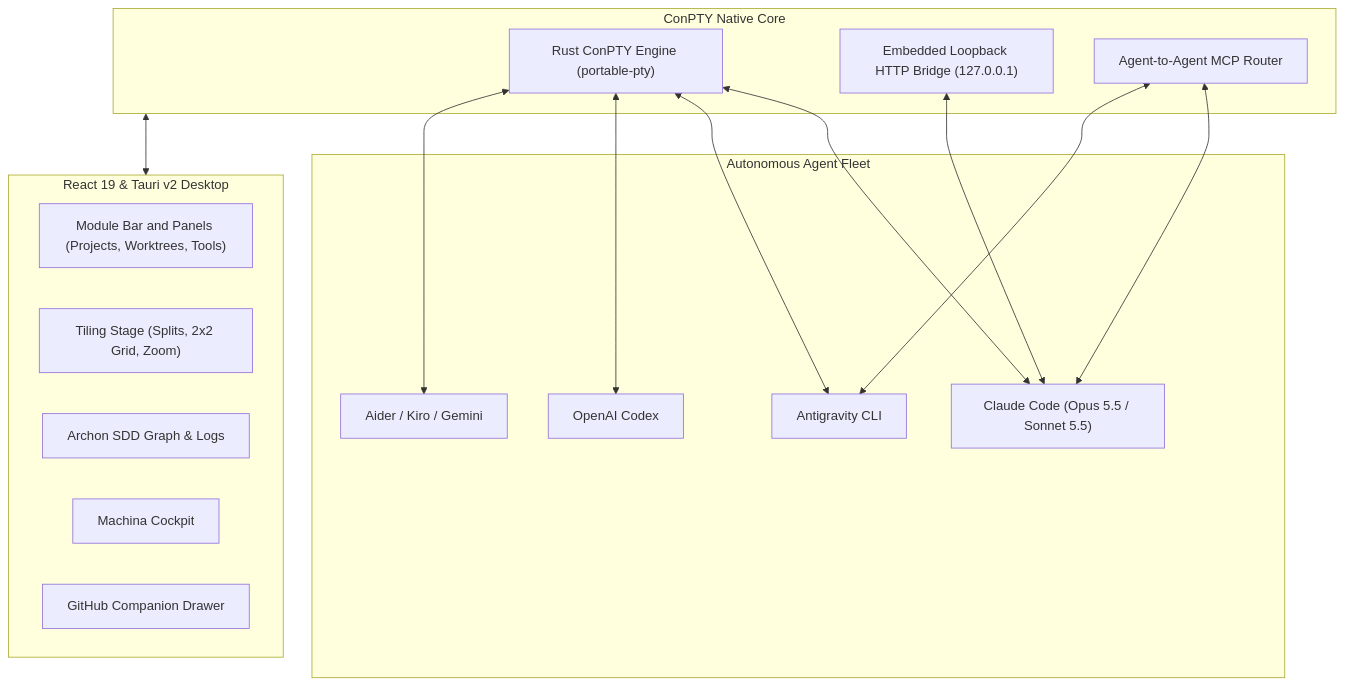
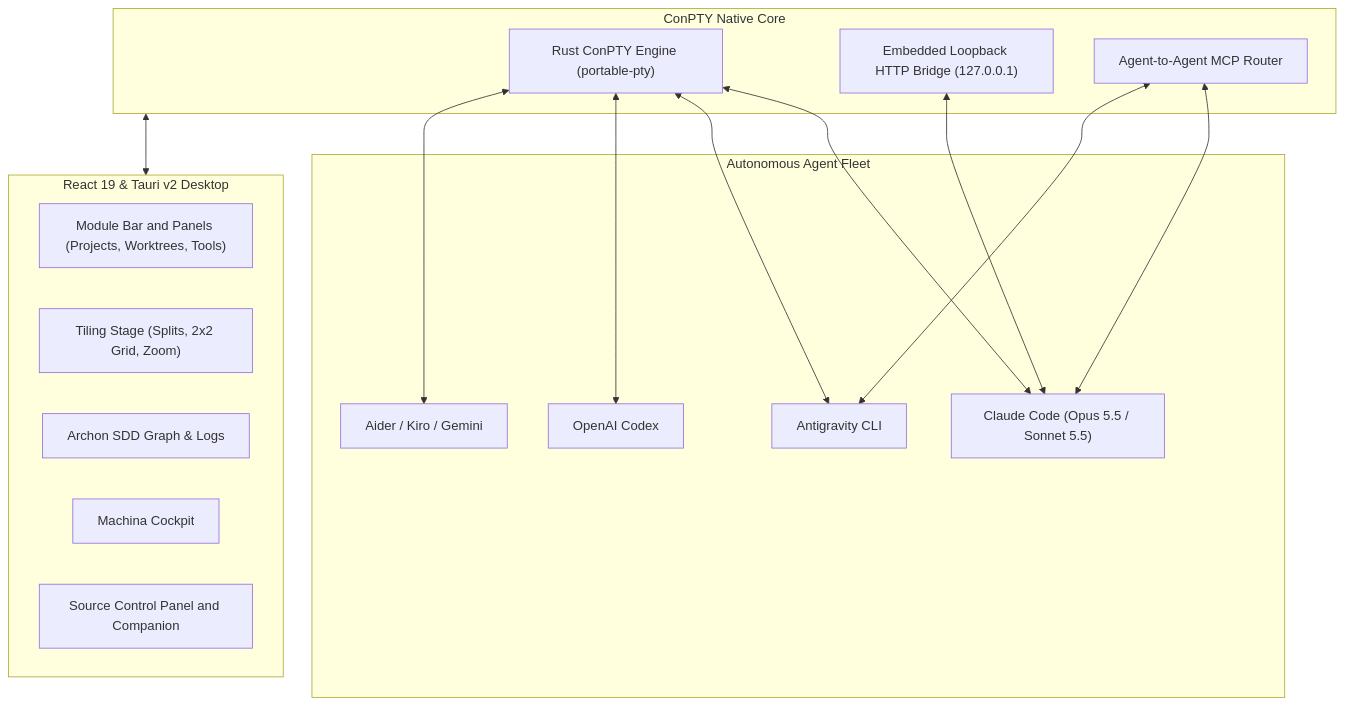
The diagram in docs/guide/what-is-quay.md (seanrobertwright/Quay-2), drawn with Mermaid before and after one commit. The commit also changed 10 other files, not shown here.

First line of the commit message:
Docs: the Source control panel replaces the GitHub Companion drawer

````diff
--- a/docs/guide/what-is-quay.md
+++ b/docs/guide/what-is-quay.md
@@ -30,34 +30,34 @@
 ```mermaid
 flowchart TD
     subgraph CoreEngine["ConPTY Native Core"]
         PTY["Rust ConPTY Engine (portable-pty)"]
         Bridge["Embedded Loopback HTTP Bridge (127.0.0.1)"]
         A2A["Agent-to-Agent MCP Router"]
     end
 
     subgraph Agents["Autonomous Agent Fleet"]
         Claude["Claude Code (Opus 5.5 / Sonnet 5.5)"]
         Antigravity["Antigravity CLI"]
         Codex["OpenAI Codex"]
         Aider["Aider / Kiro / Gemini"]
     end
 
     subgraph DesktopUI["React 19 & Tauri v2 Desktop"]
         Rail["Module Bar and Panels (Projects, Worktrees, Tools)"]
         Stage["Tiling Stage (Splits, 2x2 Grid, Zoom)"]
         ArchonModal["Archon SDD Graph & Logs"]
         MachinaModal["Machina Cockpit"]
-        GithubDrawer["GitHub Companion Drawer"]
+        SourceControl["Source Control Panel and Companion"]
     end
 
     PTY <--> Claude
     PTY <--> Antigravity
     PTY <--> Codex
     PTY <--> Aider
 
     Bridge <--> Claude
     A2A <--> Claude
     A2A <--> Antigravity
 
     CoreEngine <--> DesktopUI
 ```
````
